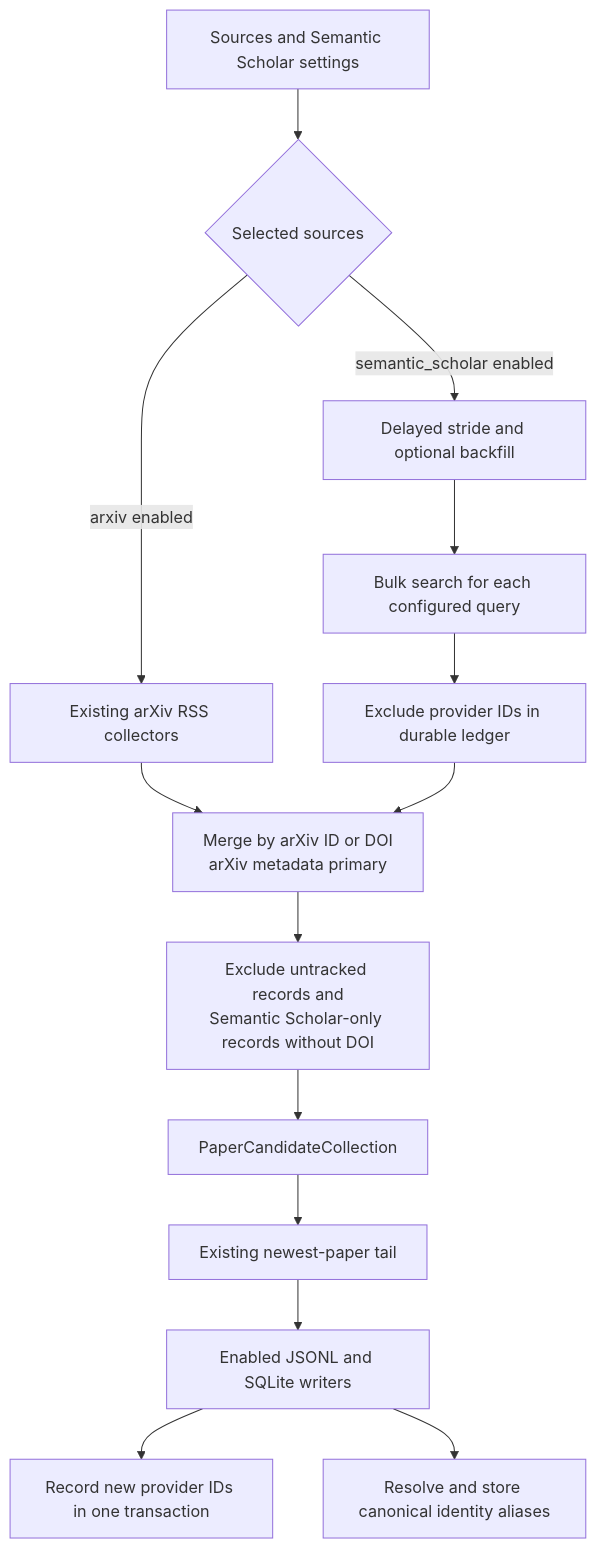
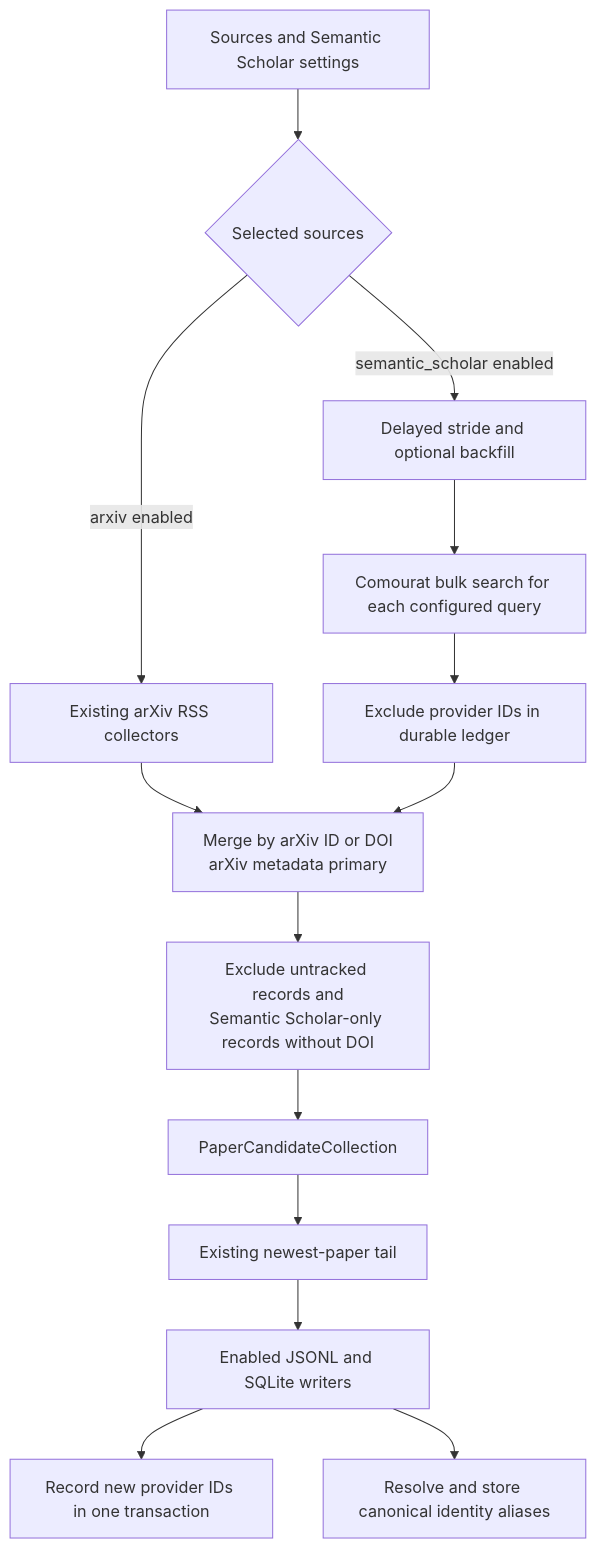
The second of 2 diagrams in .internal/specs/28-semantic-scholar-newest-papers-general-spec.md (anton-pershin/mourat), drawn with Mermaid before and after one commit. The commit also changed other lines of this file and 5 other files, not shown here.

Commit message:
Integrate Comourat publication-window collection

````diff
--- a/.internal/specs/28-semantic-scholar-newest-papers-general-spec.md
+++ b/.internal/specs/28-semantic-scholar-newest-papers-general-spec.md
@@ -94,16 +94,16 @@
 ```mermaid
 flowchart TD
   Config["Sources and Semantic Scholar settings"] --> Select{"Selected sources"}
   Select -->|arxiv enabled| RSS["Existing arXiv RSS collectors"]
   Select -->|semantic_scholar enabled| Window["Delayed stride and optional backfill"]
-  Window --> Bulk["Bulk search for each configured query"]
+  Window --> Bulk["Comourat bulk search for each configured query"]
   Bulk --> LedgerFilter["Exclude provider IDs in durable ledger"]
   RSS --> Merge["Merge by arXiv ID or DOI\narXiv metadata primary"]
   LedgerFilter --> Merge
   Merge --> Eligible["Exclude untracked records and\nSemantic Scholar-only records without DOI"]
   Eligible --> Candidates["PaperCandidateCollection"]
   Candidates --> Tail["Existing newest-paper tail"]
   Tail --> Writers["Enabled JSONL and SQLite writers"]
   Writers --> Commit["Record new provider IDs in one transaction"]
   Writers --> Alias["Resolve and store canonical identity aliases"]
 ```
````
